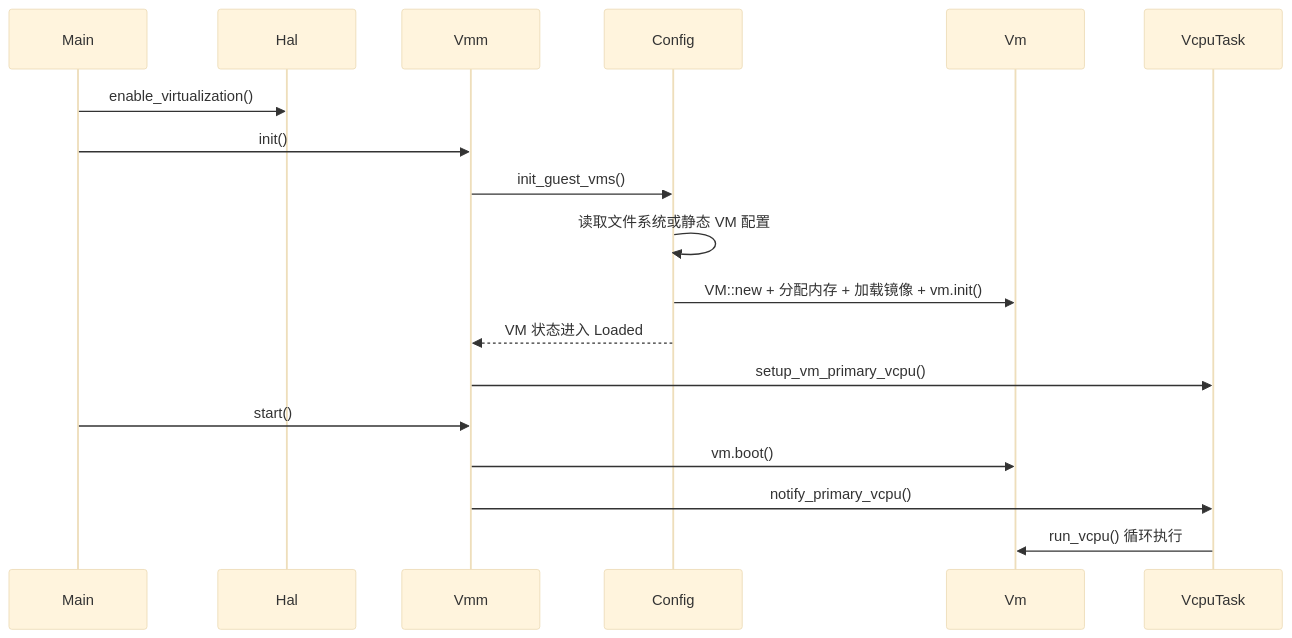
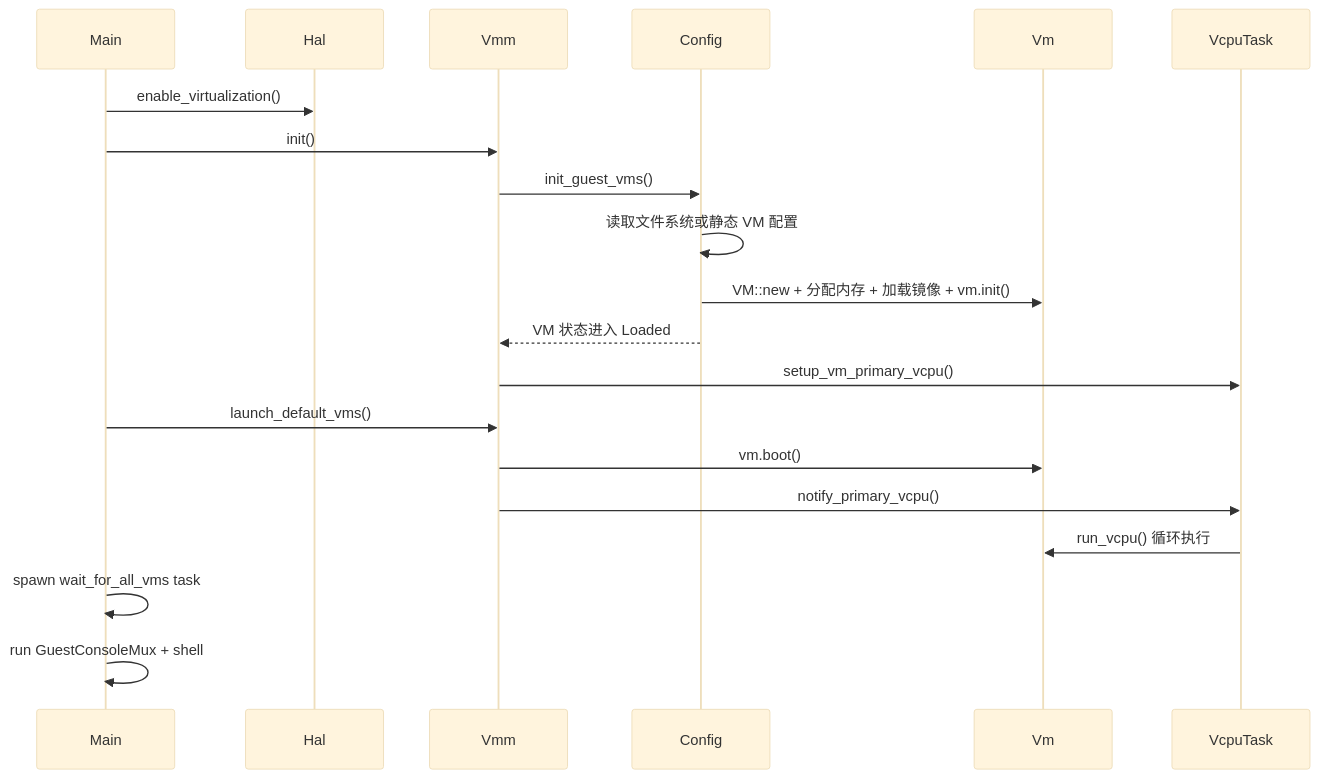
The third of 5 diagrams in docs/docs/architecture/axvisor/overview.md (Dirinkbottle/tgoskits), drawn with Mermaid (base theme) before and after one commit. The commit also changed other lines of this file and 370 other files, not shown here.

````diff
--- a/docs/docs/architecture/axvisor/overview.md
+++ b/docs/docs/architecture/axvisor/overview.md
@@ -212,21 +216,23 @@
 ```mermaid
 sequenceDiagram
     participant Main
     participant Hal
     participant Vmm
     participant Config
     participant Vm
     participant VcpuTask
 
     Main->>Hal: enable_virtualization()
     Main->>Vmm: init()
     Vmm->>Config: init_guest_vms()
     Config->>Config: 读取文件系统或静态 VM 配置
     Config->>Vm: VM::new + 分配内存 + 加载镜像 + vm.init()
     Config-->>Vmm: VM 状态进入 Loaded
     Vmm->>VcpuTask: setup_vm_primary_vcpu()
-    Main->>Vmm: start()
+    Main->>Vmm: launch_default_vms()
     Vmm->>Vm: vm.boot()
     Vmm->>VcpuTask: notify_primary_vcpu()
     VcpuTask->>Vm: run_vcpu() 循环执行
+    Main->>Main: spawn wait_for_all_vms task
+    Main->>Main: run GuestConsoleMux + shell
 ```
````
